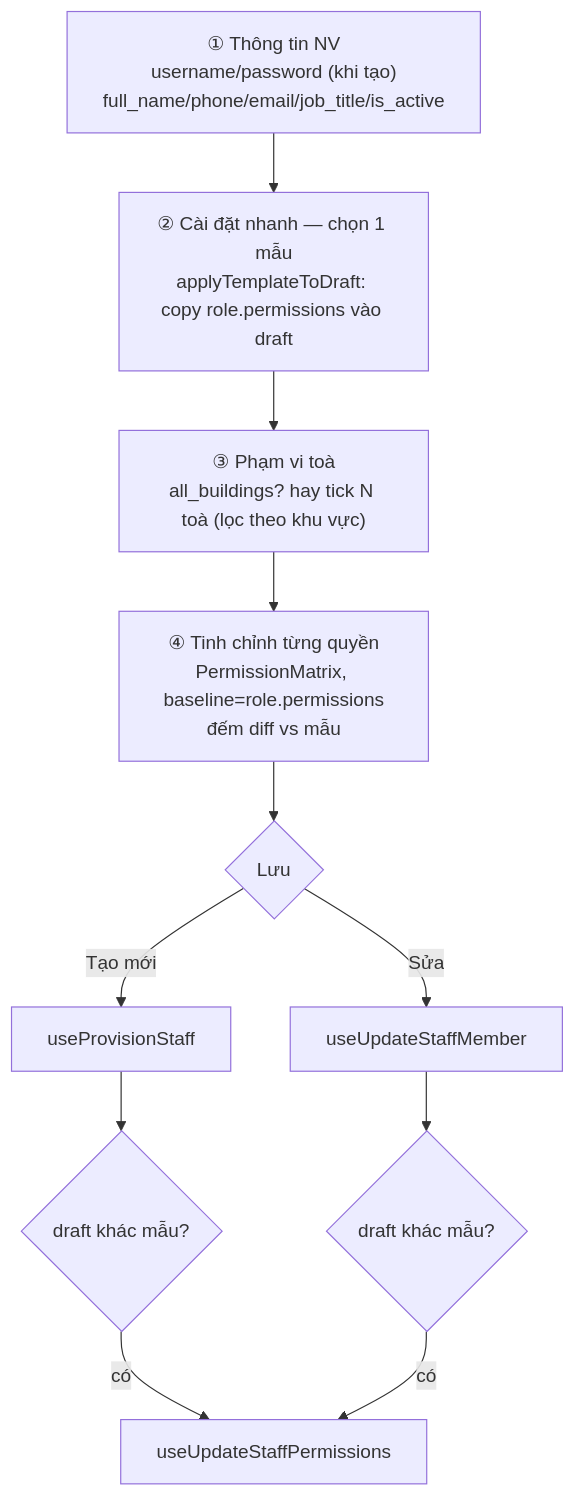
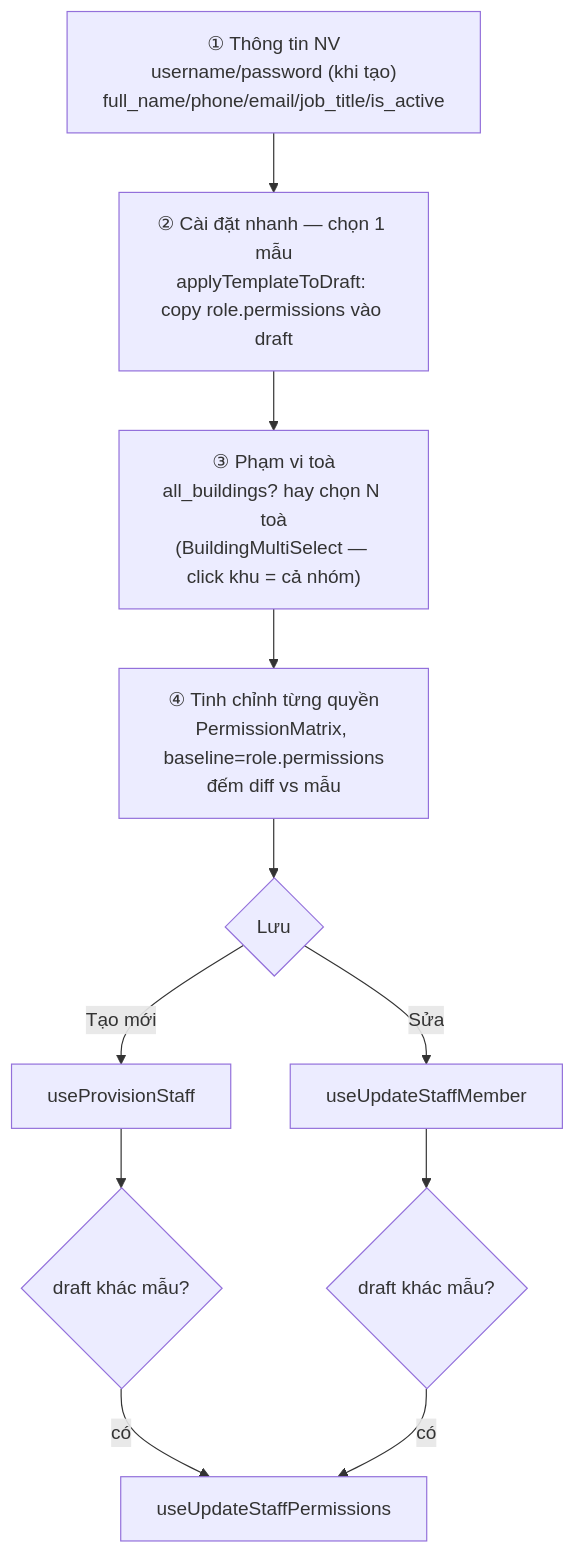
Before and after one commit to zxGreenxz/whiteboard-ihomecrm: the fourth of 4 diagrams in docs/he-thong/01-phan-quyen-nhan-su.md, drawn with Mermaid. The commit also changed other lines of this file and 11 other files, not shown here.

First line of the commit message:
docs(he-thong): cap nhat 12 file theo cai to khu vuc + P0 contracts + perf 2026-06-10

````diff
--- a/docs/he-thong/01-phan-quyen-nhan-su.md
+++ b/docs/he-thong/01-phan-quyen-nhan-su.md
@@ -575,11 +582,11 @@
 ```mermaid
 flowchart TD
     F1["① Thông tin NV<br/>username/password (khi tạo)<br/>full_name/phone/email/job_title/is_active"] --> F2
     F2["② Cài đặt nhanh — chọn 1 mẫu<br/>applyTemplateToDraft: copy role.permissions vào draft"] --> F3
-    F3["③ Phạm vi toà<br/>all_buildings? hay tick N toà (lọc theo khu vực)"] --> F4
+    F3["③ Phạm vi toà<br/>all_buildings? hay chọn N toà<br/>(BuildingMultiSelect — click khu = cả nhóm)"] --> F4
     F4["④ Tinh chỉnh từng quyền<br/>PermissionMatrix, baseline=role.permissions<br/>đếm diff vs mẫu"] --> SAVE{"Lưu"}
     SAVE -- "Tạo mới" --> P["useProvisionStaff"]
     SAVE -- "Sửa" --> U["useUpdateStaffMember"]
     P --> PD{"draft khác mẫu?"} -- "có" --> UP["useUpdateStaffPermissions"]
     U --> UD{"draft khác mẫu?"} -- "có" --> UP
 ```
````
